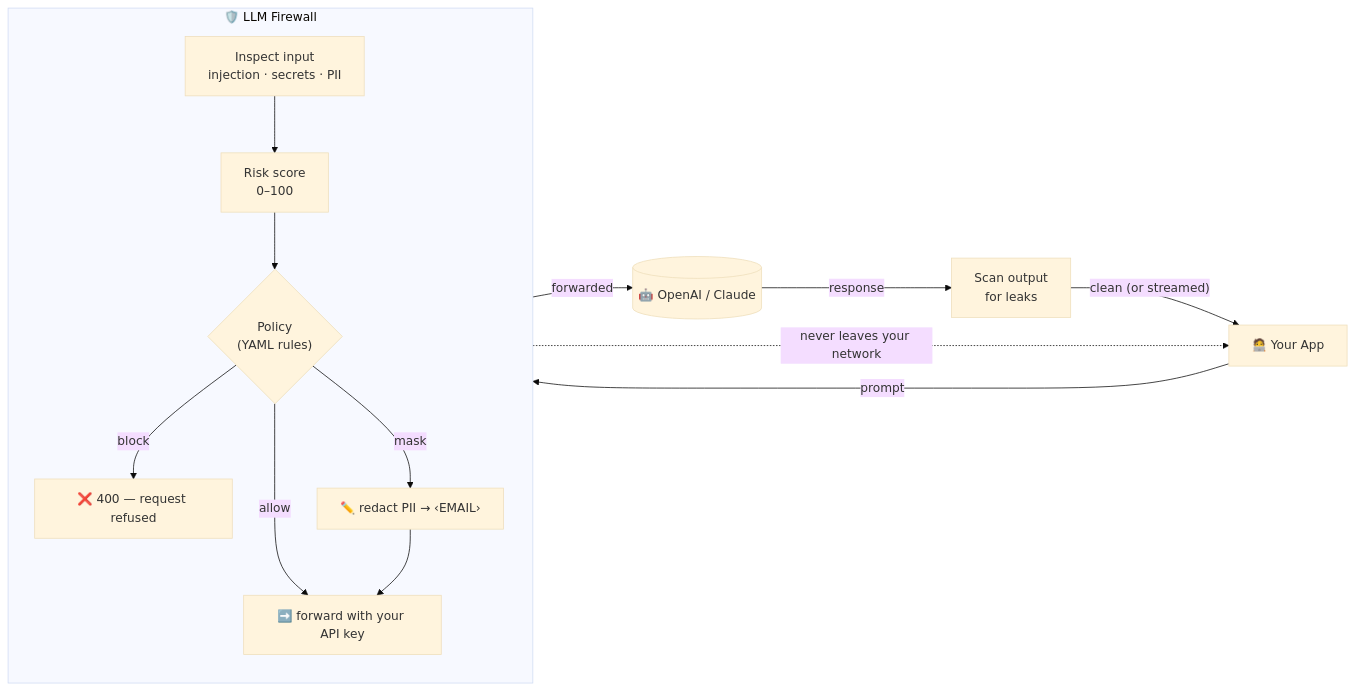
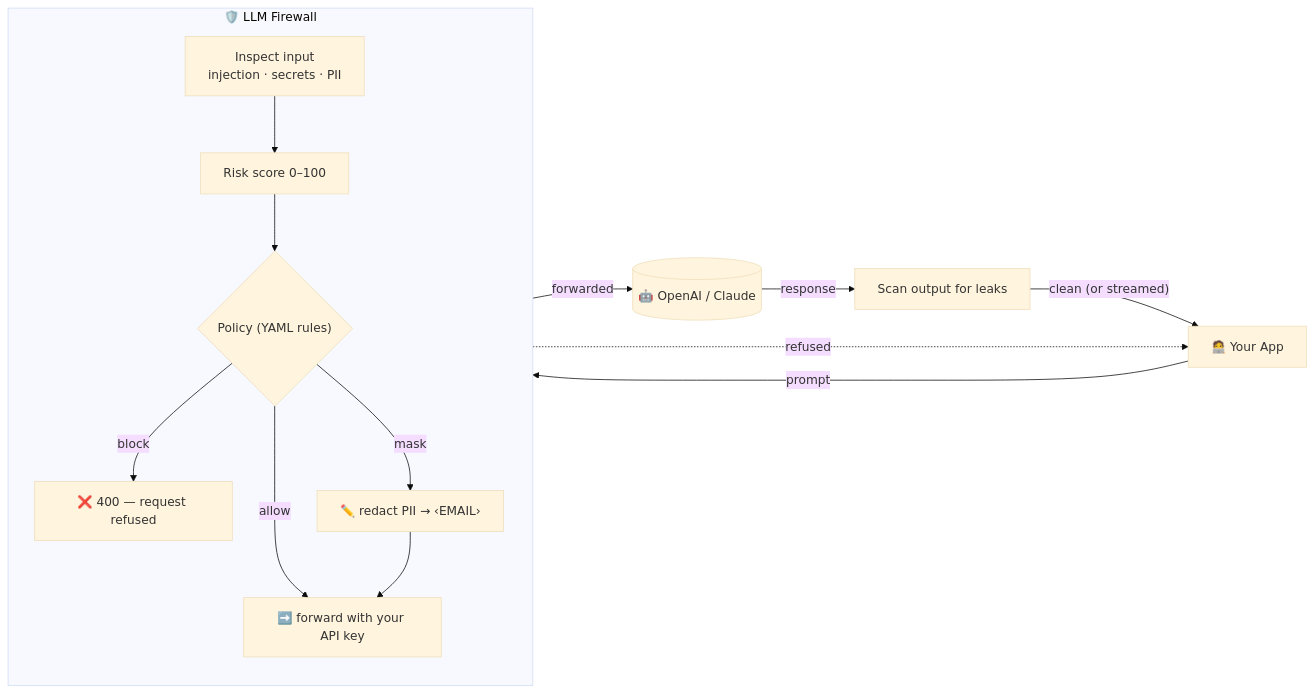
The first of 2 diagrams in README.md (carbon-evolution/llm-firewall), drawn with Mermaid (base theme) before and after one commit. The commit also changed other lines of this file, not shown here.

Commit message:
docs(readme): harden mermaid syntax for reliable GitHub rendering
Connect edges to inner subgraph nodes (avoids phantom-node gotcha), drop
`&` from an edge label, and tighten labels.

````diff
--- a/README.md
+++ b/README.md
@@ -35,19 +35,19 @@
 ```mermaid
 flowchart LR
-    App["🧑‍💻 Your App"] -- "prompt" --> FW
+    App["🧑‍💻 Your App"] -- "prompt" --> IN
 
-    subgraph FW ["🛡️ LLM Firewall"]
+    subgraph FW["🛡️ LLM Firewall"]
         direction TB
-        IN["Inspect input<br/>injection · secrets · PII"] --> SC["Risk score<br/>0–100"]
-        SC --> POL{"Policy<br/>(YAML rules)"}
+        IN["Inspect input<br/>injection · secrets · PII"] --> SC["Risk score 0–100"]
+        SC --> POL{"Policy (YAML rules)"}
         POL -- "block" --> BLK["❌ 400 — request refused"]
         POL -- "mask" --> RED["✏️ redact PII → ‹EMAIL›"]
-        POL -- "allow" --> FWD
-        RED --> FWD["➡️ forward with your API key"]
+        POL -- "allow" --> FWD["➡️ forward with your API key"]
+        RED --> FWD
     end
 
-    FW -- "forwarded" --> LLM[("🤖 OpenAI / Claude")]
-    LLM -- "response" --> OUT["Scan output<br/>for leaks"]
+    FWD -- "forwarded" --> LLM[("🤖 OpenAI / Claude")]
+    LLM -- "response" --> OUT["Scan output for leaks"]
     OUT -- "clean (or streamed)" --> App
-    BLK -. "never leaves your network" .-> App
+    BLK -. "refused" .-> App
 ```
````
